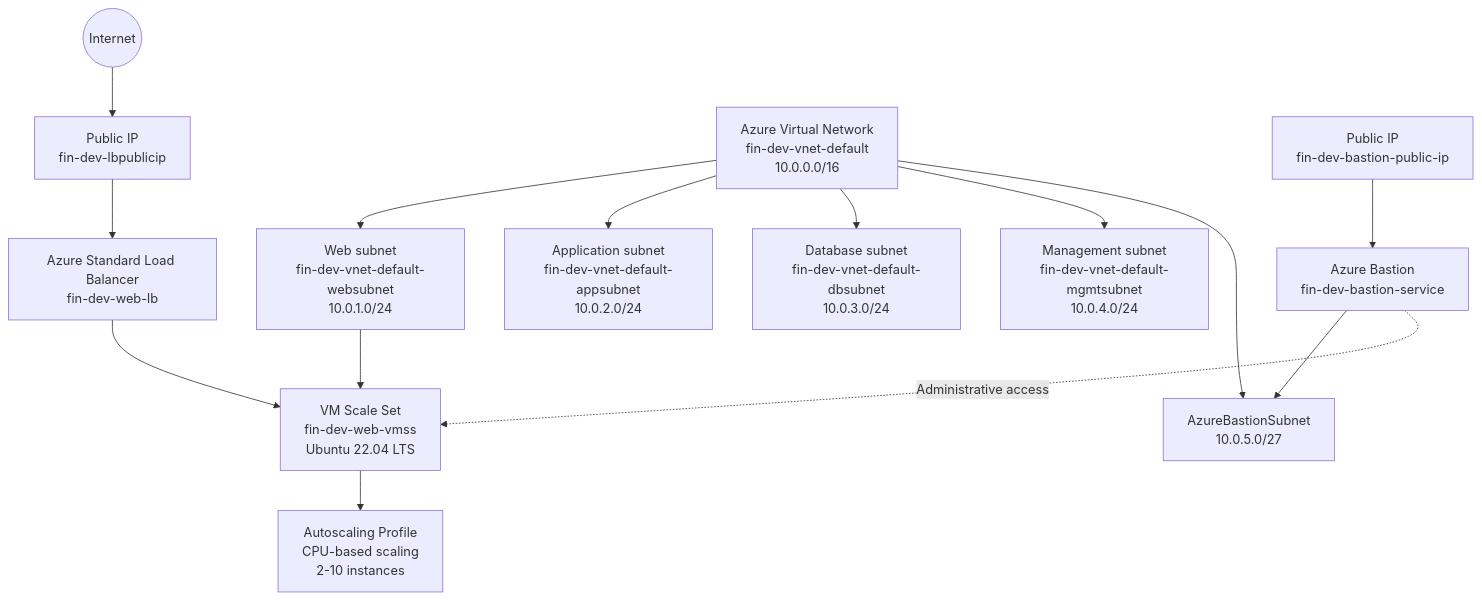
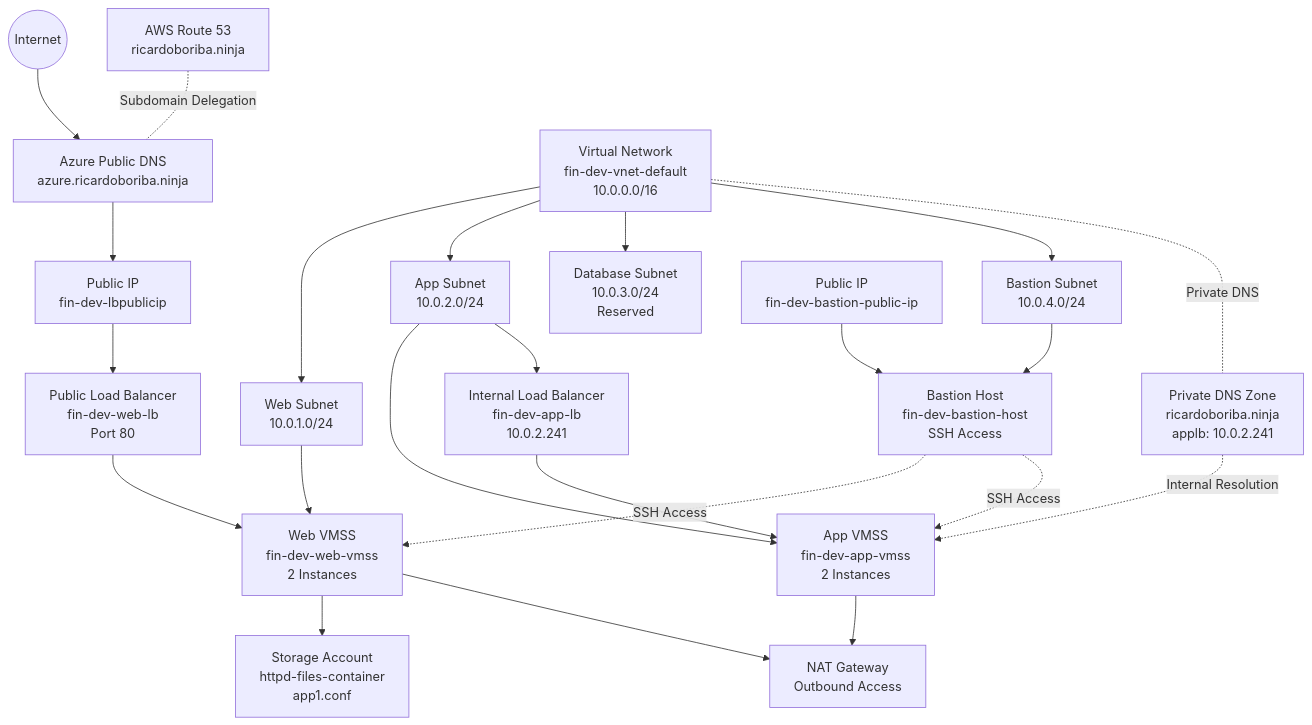
The first of 2 diagrams in 01-Project02-WebVMSS/README.md (Richardbmk/azure-architecture-solutions), drawn with Mermaid before and after one commit. The commit also changed other lines of this file and 2 other files, not shown here.

````diff
--- a/01-Project02-WebVMSS/README.md
+++ b/01-Project02-WebVMSS/README.md
@@ -25,39 +31,58 @@
 ```mermaid
 flowchart TB
     Internet((Internet))
+    AWS["AWS Route 53<br/>ricardoboriba.ninja"]
+
+    WebDNS["Azure Public DNS<br/>azure.ricardoboriba.ninja"]
+    PrivateDNS["Private DNS Zone<br/>ricardoboriba.ninja<br/>applb: 10.0.2.241"]
 
     LBPublicIP["Public IP<br/>fin-dev-lbpublicip"]
-    LoadBalancer["Azure Standard Load Balancer<br/>fin-dev-web-lb"]
+    WebLoadBalancer["Public Load Balancer<br/>fin-dev-web-lb<br/>Port 80"]
 
-    VNet["Azure Virtual Network<br/>fin-dev-vnet-default<br/>10.0.0.0/16"]
+    NAT["NAT Gateway<br/>Outbound Access"]
 
-    WebSubnet["Web subnet<br/>fin-dev-vnet-default-websubnet<br/>10.0.1.0/24"]
-    AppSubnet["Application subnet<br/>fin-dev-vnet-default-appsubnet<br/>10.0.2.0/24"]
-    DBSubnet["Database subnet<br/>fin-dev-vnet-default-dbsubnet<br/>10.0.3.0/24"]
-    MgmtSubnet["Management subnet<br/>fin-dev-vnet-default-mgmtsubnet<br/>10.0.4.0/24"]
-    BastionSubnet["AzureBastionSubnet<br/>10.0.5.0/27"]
+    StorageAcct["Storage Account<br/>httpd-files-container<br/>app1.conf"]
 
-    VMSS["VM Scale Set<br/>fin-dev-web-vmss<br/>Ubuntu 22.04 LTS"]
+    VNet["Virtual Network<br/>fin-dev-vnet-default<br/>10.0.0.0/16"]
 
-    Autoscale["Autoscaling Profile<br/>CPU-based scaling<br/>2-10 instances"]
+    WebSubnet["Web Subnet<br/>10.0.1.0/24"]
+    AppSubnet["App Subnet<br/>10.0.2.0/24"]
+    DBSubnet["Database Subnet<br/>10.0.3.0/24<br/>Reserved"]
+    BastionSubnet["Bastion Subnet<br/>10.0.4.0/24"]
 
-    Bastion["Azure Bastion<br/>fin-dev-bastion-service"]
+    WebVMSS["Web VMSS<br/>fin-dev-web-vmss<br/>2 Instances"]
+    AppVMSS["App VMSS<br/>fin-dev-app-vmss<br/>2 Instances"]
+
+    AppLoadBalancer["Internal Load Balancer<br/>fin-dev-app-lb<br/>10.0.2.241"]
+
+    BastionVM["Bastion Host<br/>fin-dev-bastion-host<br/>SSH Access"]
     BastionPublicIP["Public IP<br/>fin-dev-bastion-public-ip"]
 
-    Internet --> LBPublicIP
-    LBPublicIP --> LoadBalancer
-    LoadBalancer --> VMSS
+    Internet --> WebDNS
+    AWS -.Subdomain Delegation.- WebDNS
+    WebDNS --> LBPublicIP
+    LBPublicIP --> WebLoadBalancer
+    WebLoadBalancer --> WebVMSS
+
+    WebVMSS --> StorageAcct
+    WebVMSS --> NAT
+    AppVMSS --> NAT
 
     VNet --> WebSubnet
     VNet --> AppSubnet
     VNet --> DBSubnet
-    VNet --> MgmtSubnet
     VNet --> BastionSubnet
+    VNet -.Private DNS.- PrivateDNS
 
-    WebSubnet --> VMSS
-    VMSS --> Autoscale
+    WebSubnet --> WebVMSS
+    AppSubnet --> AppVMSS
+    AppSubnet --> AppLoadBalancer
+    AppLoadBalancer --> AppVMSS
 
-    BastionPublicIP --> Bastion
-    Bastion --> BastionSubnet
-    Bastion -. Administrative access .-> VMSS
+    BastionSubnet --> BastionVM
+    BastionPublicIP --> BastionVM
+    BastionVM -. SSH Access .-> WebVMSS
+    BastionVM -. SSH Access .-> AppVMSS
+
+    PrivateDNS -. Internal Resolution .-> AppVMSS
 ```
````
